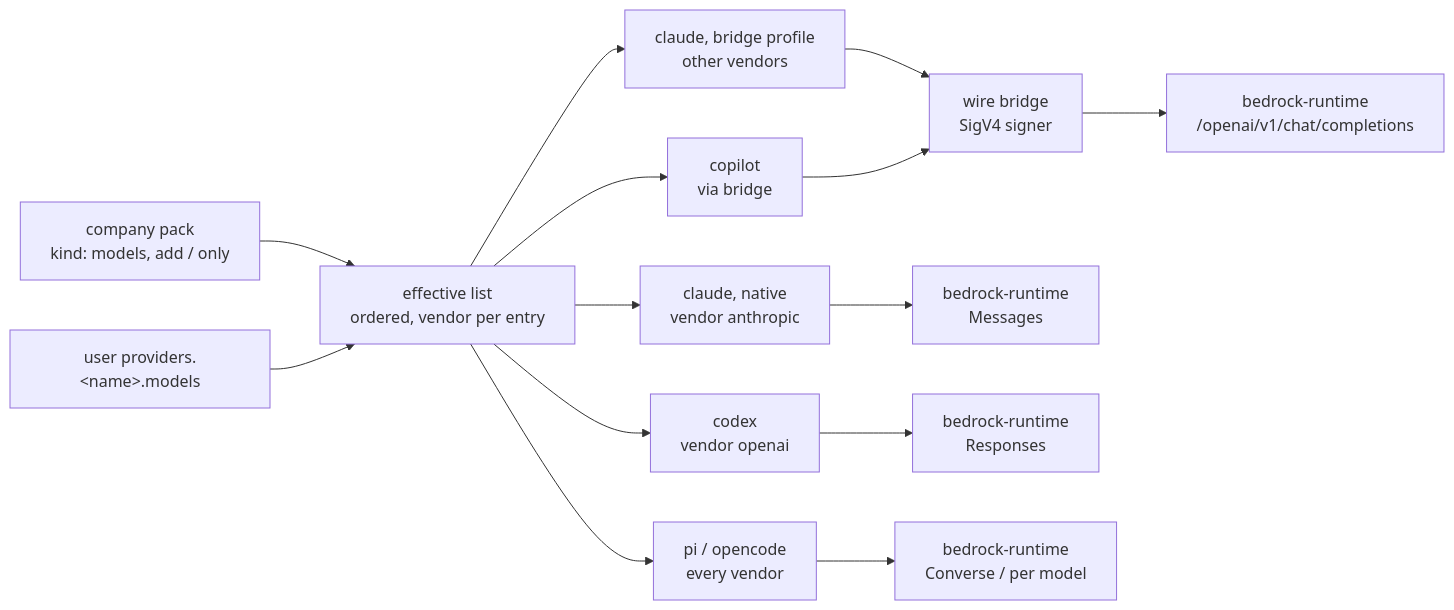
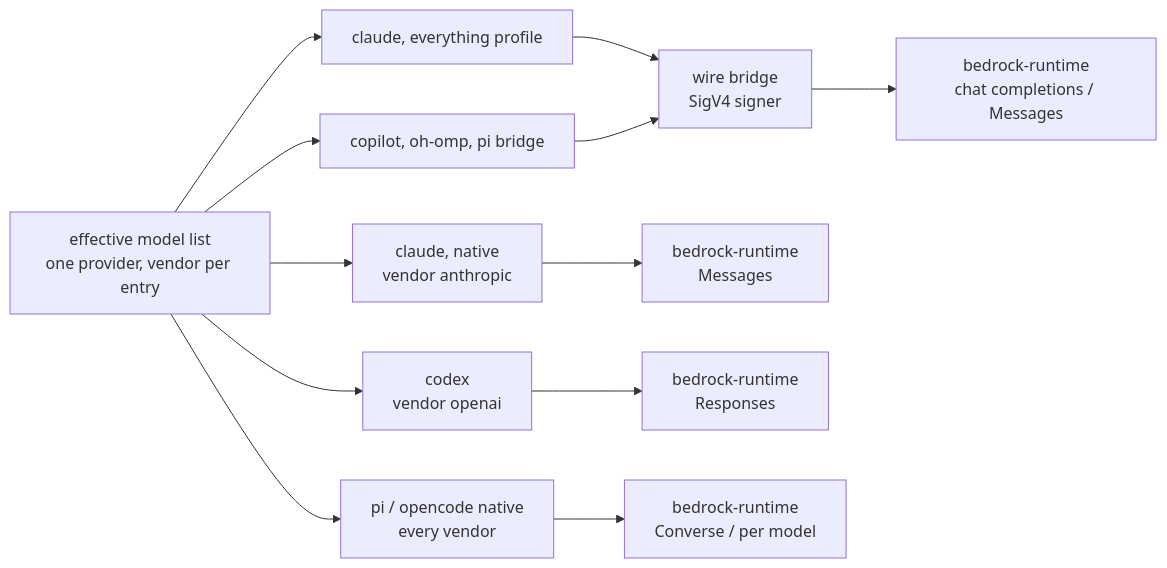
One commit to mschulkind-oss/yolo-jail changed the diagram in docs/design/bedrock-plumbing.md. Above: the diagram before and after it, drawn with Mermaid. The commit also changed other lines of this file and 17 other files, not shown here.

````diff
--- a/docs/design/bedrock-plumbing.md
+++ b/docs/design/bedrock-plumbing.md
@@ -927,16 +461,14 @@
 ```mermaid
 flowchart LR
-  pack["company pack<br/>kind: models, add / only"] --> list["effective list<br/>ordered, vendor per entry"]
-  user["user providers.&lt;name&gt;.models"] --> list
-  list --> cn["claude, native<br/>vendor anthropic"]
-  list --> cb["claude, bridge profile<br/>other vendors"]
-  list --> cp["copilot<br/>via bridge"]
+  list["effective model list<br/>one provider, vendor per entry"] --> cn["claude, native<br/>vendor anthropic"]
+  list --> cb["claude, everything profile"]
+  list --> cp["copilot, oh-omp, pi bridge"]
   list --> cx["codex<br/>vendor openai"]
-  list --> pi["pi / opencode<br/>every vendor"]
+  list --> pi["pi / opencode native<br/>every vendor"]
   cb --> br["wire bridge<br/>SigV4 signer"]
   cp --> br
-  br --> rt["bedrock-runtime<br/>/openai/v1/chat/completions"]
+  br --> rt["bedrock-runtime<br/>chat completions / Messages"]
   cn --> rtm["bedrock-runtime<br/>Messages"]
   cx --> rt2["bedrock-runtime<br/>Responses"]
   pi --> rt3["bedrock-runtime<br/>Converse / per model"]
 ```
````
